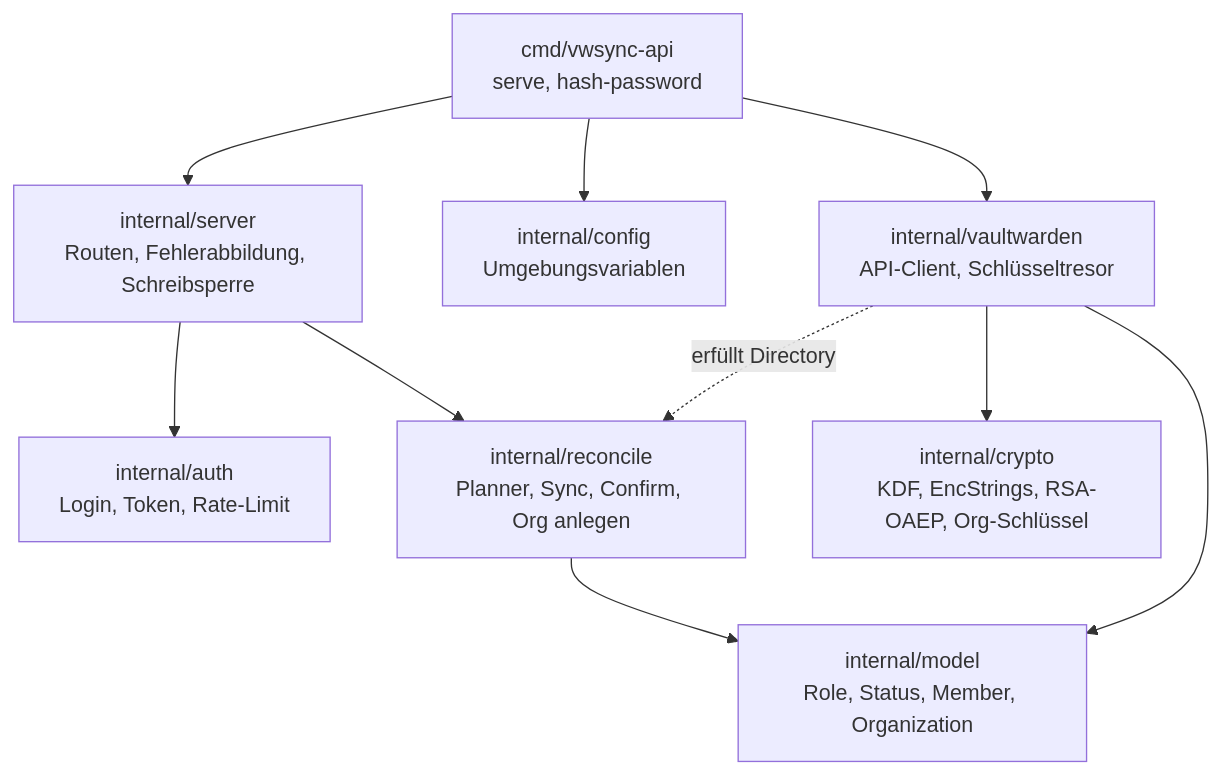
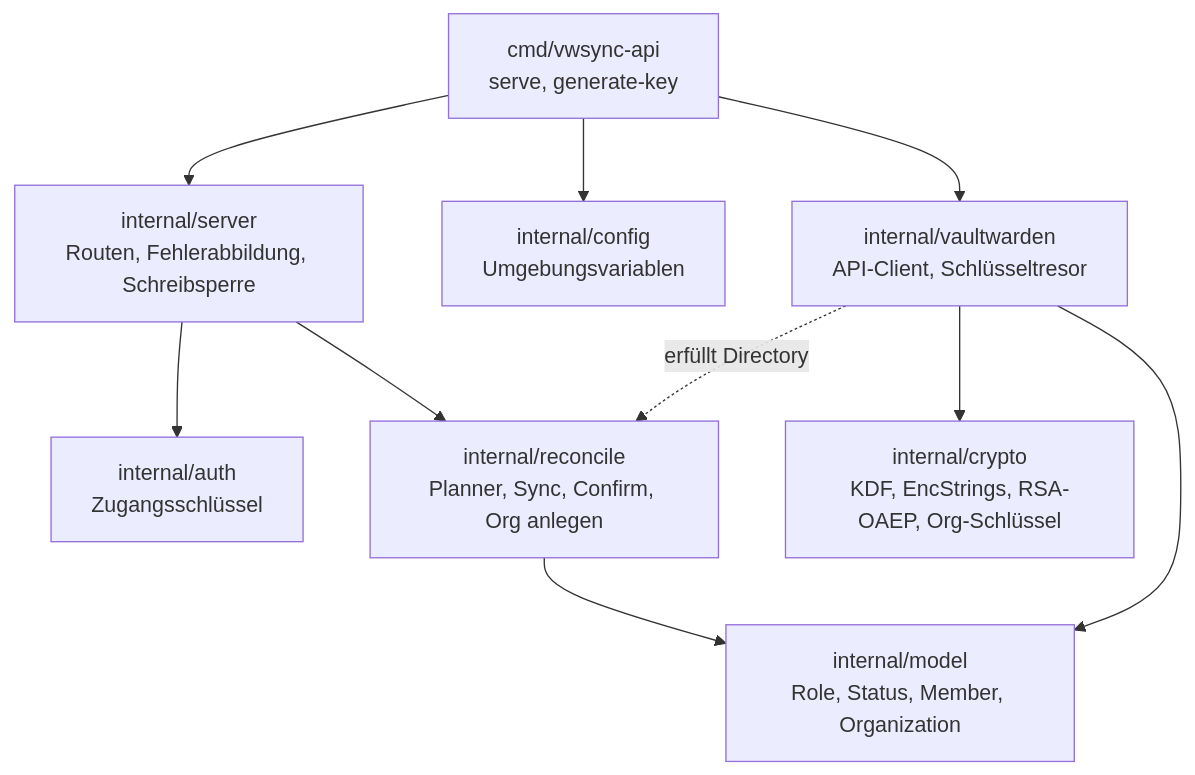
The fourth of 4 diagrams in README.md (WhiteCoale/vwsync-api), drawn with Mermaid before and after one commit. The commit also changed other lines of this file and 42 other files, not shown here.

````diff
--- a/README.md
+++ b/README.md
@@ -145,12 +173,12 @@
 ```mermaid
 flowchart TD
-    main["cmd/vwsync-api<br/>serve, hash-password"] --> server
+    main["cmd/vwsync-api<br/>serve, generate-key"] --> server
     main --> config["internal/config<br/>Umgebungsvariablen"]
     main --> vwc
-    server["internal/server<br/>Routen, Fehlerabbildung, Schreibsperre"] --> auth["internal/auth<br/>Login, Token, Rate-Limit"]
+    server["internal/server<br/>Routen, Fehlerabbildung, Schreibsperre"] --> auth["internal/auth<br/>Zugangsschlüssel"]
     server --> reconcile["internal/reconcile<br/>Planner, Sync, Confirm, Org anlegen"]
     reconcile --> model["internal/model<br/>Role, Status, Member, Organization"]
     vwc["internal/vaultwarden<br/>API-Client, Schlüsseltresor"] --> model
     vwc --> crypto["internal/crypto<br/>KDF, EncStrings, RSA-OAEP, Org-Schlüssel"]
     vwc -. "erfüllt Directory" .-> reconcile
 ```
````
